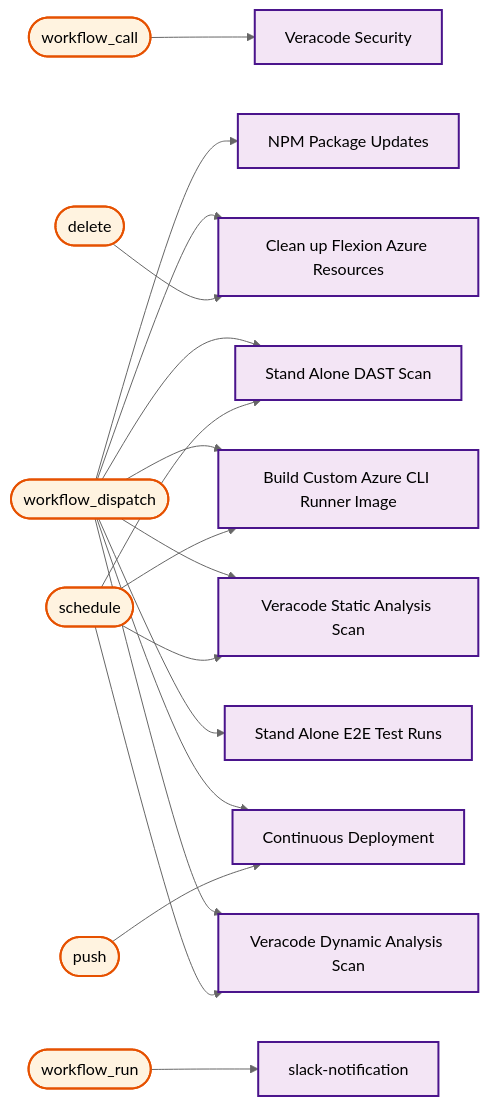
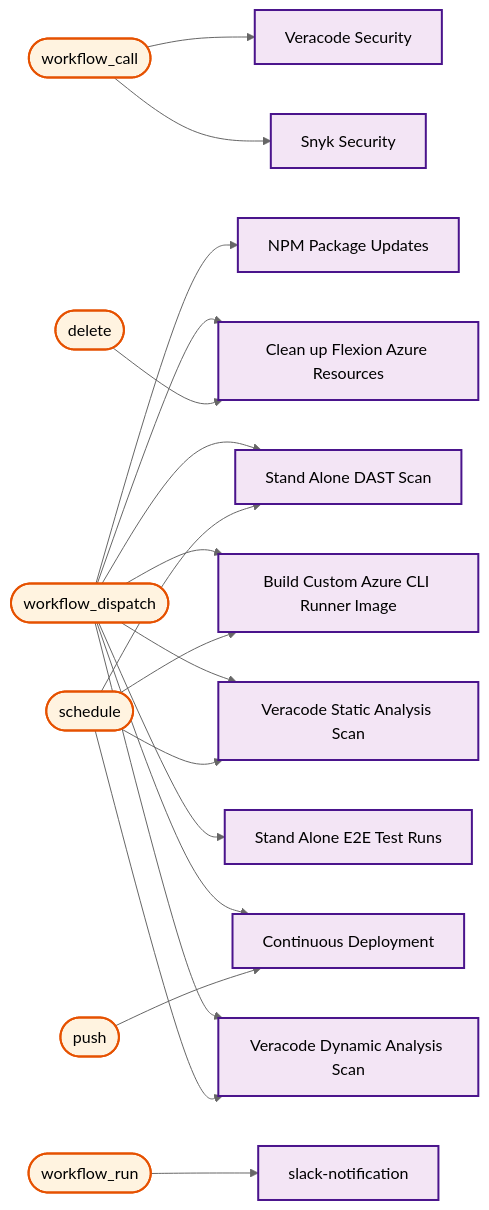
Before and after one commit to US-Trustee-Program/Bankruptcy-Oversight-Support-Systems: diagram 22 of 22 in docs/operations/workflow-diagram.md, drawn with Mermaid (neutral theme). The commit also changed other lines of this file and 2 other files, not shown here.

First line of the commit message:
Add Snyk SCA and SAST scans to CD pipeline

````diff
--- a/docs/operations/workflow-diagram.md
+++ b/docs/operations/workflow-diagram.md
@@ -1256,62 +1296,65 @@
 ```mermaid
 flowchart LR
     trigger_workflow_call(["workflow_call"])
+    sub_snyk_security_scan_yml["Snyk Security"]
     sub_security_scan_yml["Veracode Security"]
     trigger_workflow_dispatch(["workflow_dispatch"])
     e2e_test_yml["Stand Alone E2E Test Runs"]
     azure_remove_branch_yml["Clean up Flexion Azure Resources"]
     veracode_dast_scan_yml["Veracode Dynamic Analysis Scan"]
     veracode_sast_upload_yml["Veracode Static Analysis Scan"]
     continuous_deployment_yml["Continuous Deployment"]
     build_azure_cli_image_yml["Build Custom Azure CLI Runner Image"]
     dast_scan_yml["Stand Alone DAST Scan"]
     update_dependencies_yml["NPM Package Updates"]
     trigger_delete(["delete"])
     azure_remove_branch_yml["Clean up Flexion Azure Resources"]
     trigger_schedule(["schedule"])
     veracode_dast_scan_yml["Veracode Dynamic Analysis Scan"]
     veracode_sast_upload_yml["Veracode Static Analysis Scan"]
     build_azure_cli_image_yml["Build Custom Azure CLI Runner Image"]
     dast_scan_yml["Stand Alone DAST Scan"]
     trigger_push(["push"])
     continuous_deployment_yml["Continuous Deployment"]
     trigger_workflow_run(["workflow_run"])
     slack_notification_yml["slack-notification"]
 
+    trigger_workflow_call --> sub_snyk_security_scan_yml
     trigger_workflow_call --> sub_security_scan_yml
     trigger_workflow_dispatch --> e2e_test_yml
     trigger_workflow_dispatch --> azure_remove_branch_yml
     trigger_workflow_dispatch --> veracode_dast_scan_yml
     trigger_workflow_dispatch --> veracode_sast_upload_yml
     trigger_workflow_dispatch --> continuous_deployment_yml
     trigger_workflow_dispatch --> build_azure_cli_image_yml
     trigger_workflow_dispatch --> dast_scan_yml
     trigger_workflow_dispatch --> update_dependencies_yml
     trigger_delete --> azure_remove_branch_yml
     trigger_schedule --> veracode_dast_scan_yml
     trigger_schedule --> veracode_sast_upload_yml
     trigger_schedule --> build_azure_cli_image_yml
     trigger_schedule --> dast_scan_yml
     trigger_push --> continuous_deployment_yml
     trigger_workflow_run --> slack_notification_yml
 
     classDef mainWorkflow fill:#f3e5f5,stroke:#4a148c,stroke-width:2px,color:#000000
     classDef trigger fill:#fff3e0,stroke:#e65100,stroke-width:2px,color:#000000
 
     class trigger_workflow_call trigger
     class trigger_workflow_dispatch trigger
     class trigger_delete trigger
     class trigger_schedule trigger
     class trigger_push trigger
     class trigger_workflow_run trigger
+    class sub_snyk_security_scan_yml mainWorkflow
     class sub_security_scan_yml mainWorkflow
     class e2e_test_yml mainWorkflow
     class azure_remove_branch_yml mainWorkflow
     class veracode_dast_scan_yml mainWorkflow
     class veracode_sast_upload_yml mainWorkflow
     class continuous_deployment_yml mainWorkflow
     class build_azure_cli_image_yml mainWorkflow
     class dast_scan_yml mainWorkflow
     class update_dependencies_yml mainWorkflow
     class slack_notification_yml mainWorkflow
 ```
````
